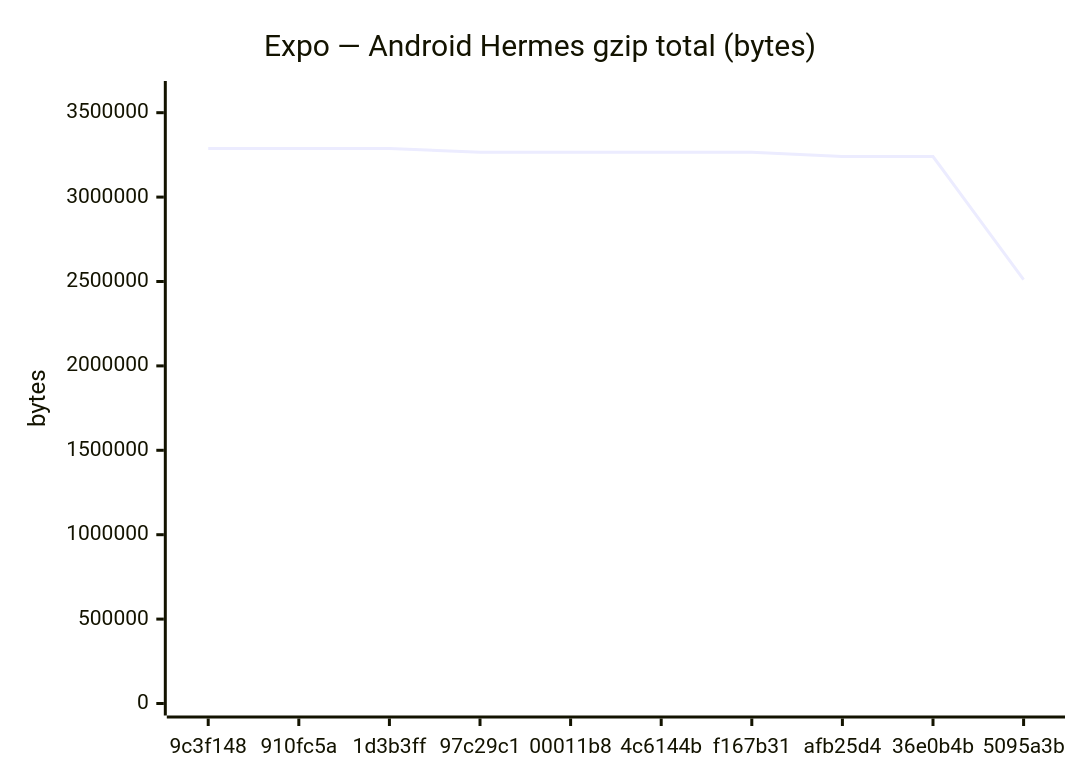
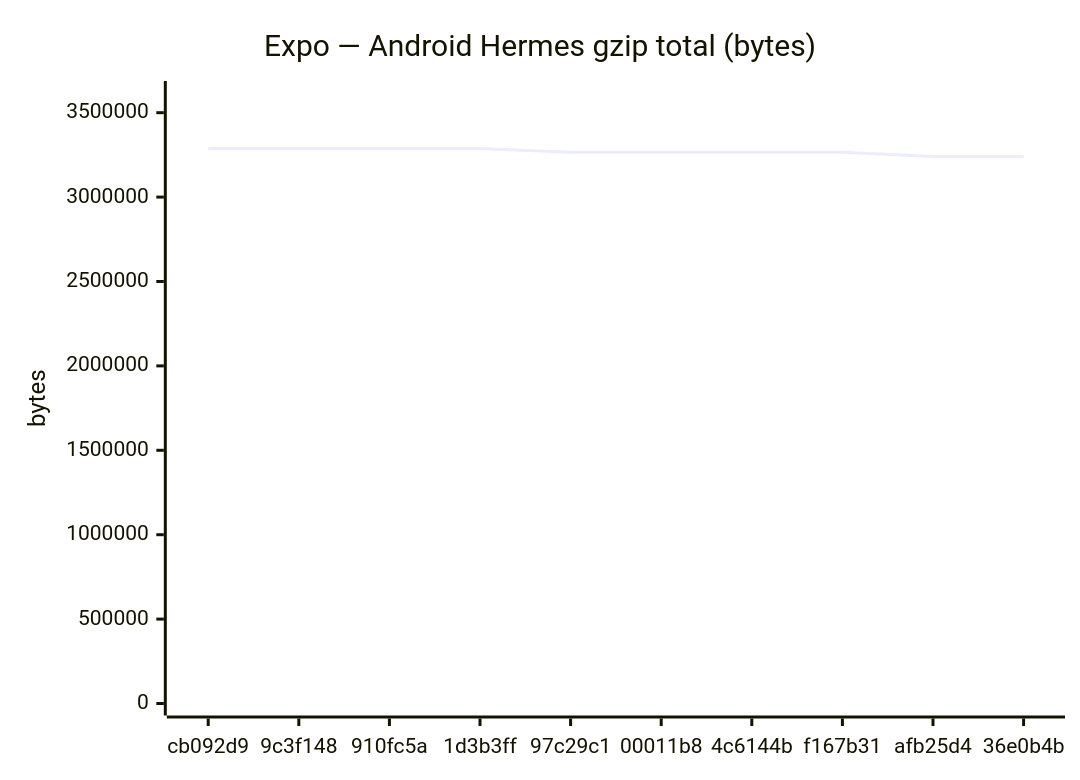
One commit to Metaheurist/Rianell changed the fifth of 18 diagrams in benchmarks/compare.md. Above: the diagram before and after it, drawn with Mermaid. The commit also changed other lines of this file and 11 other files, not shown here.

````diff
--- a/benchmarks/compare.md
+++ b/benchmarks/compare.md
@@ -89,7 +89,7 @@
 ```mermaid
 xychart-beta
     title "Expo — Android Hermes gzip total (bytes)"
-    x-axis ["9c3f148", "910fc5a", "1d3b3ff", "97c29c1", "00011b8", "4c6144b", "f167b31", "afb25d4", "36e0b4b", "5095a3b"]
+    x-axis ["cb092d9", "9c3f148", "910fc5a", "1d3b3ff", "97c29c1", "00011b8", "4c6144b", "f167b31", "afb25d4", "36e0b4b"]
     y-axis "bytes" 0 --> 3616656
-    line [3287424, 3287869, 3287424, 3266092, 3266094, 3266092, 3266093, 3239886, 3240548, 2511667]
+    line [3287424, 3287424, 3287869, 3287424, 3266092, 3266094, 3266092, 3266093, 3239886, 3240548]
 ```
````
